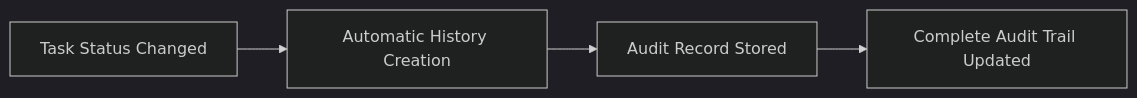
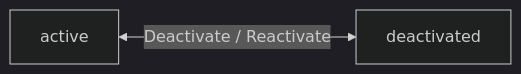
The fourth of 7 diagrams in qwen/qwen3.5-397b-a17b/erp/docs/analysis/02-domain-model.md (wrtnlabs/autobe-examples), drawn with Mermaid (dark theme) before and after one commit. The commit also changed other lines of this file and 9017 other files, not shown here.

````diff
--- a/qwen/qwen3.5-397b-a17b/erp/docs/analysis/02-domain-model.md
+++ b/qwen/qwen3.5-397b-a17b/erp/docs/analysis/02-domain-model.md
@@ -215,6 +903,4 @@
 ```mermaid
 flowchart LR
-    A["Task Status Changed"] --> B["Automatic History Creation"]
-    B --> C["Audit Record Stored"]
-    C --> D["Complete Audit Trail Updated"]
+    A["active"] <-->|"Deactivate / Reactivate"| B["deactivated"]
 ```
````
